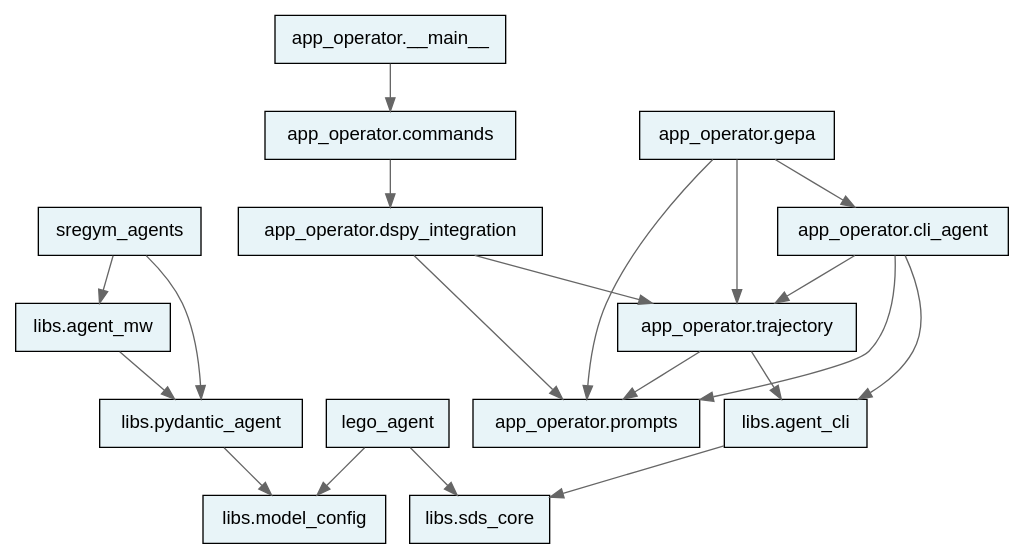
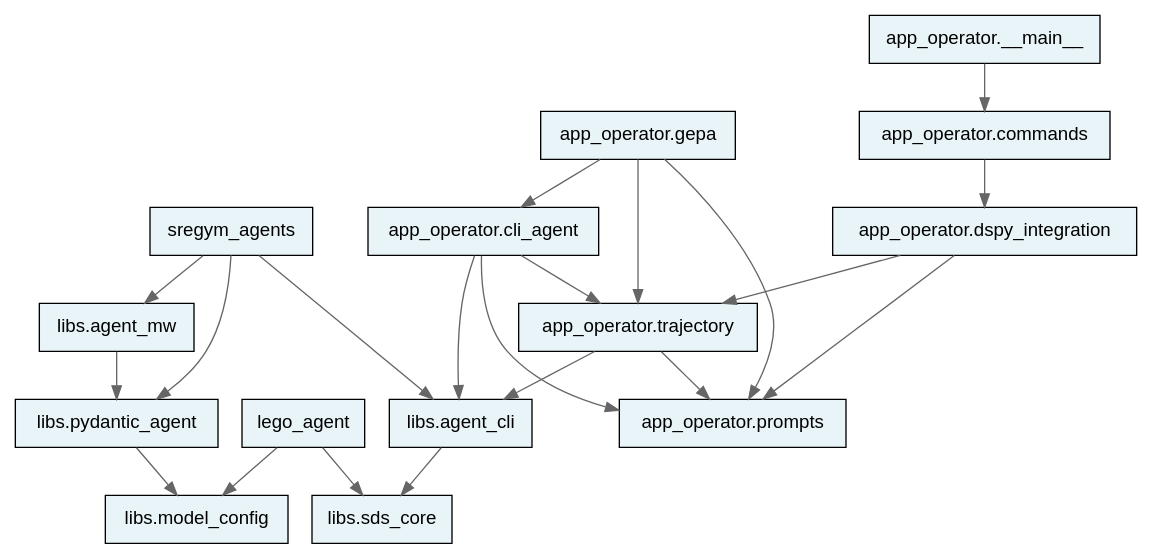
Before and after one commit to uw-syfi/sdo: the diagram in docs/assets/tach_module_graph.dot, drawn with Graphviz. The commit also changed 2 other files, not shown here.

Commit message:
fix(ci): resolve formatting, import, and tach graph failures
- Use public sregym_agents.crucible.tools re-exports instead of private
  _deps/_kb_tools submodules in agents/ package (architecture test)
- Update test_crucible_token_attrs.py file paths after backend/ → agents/ move
- Regenerate tach_module_graph with new sregym_agents → libs.agent_cli edge
- Format agent_cli_driver.py with autopep8

```diff
--- a/docs/assets/tach_module_graph.dot
+++ b/docs/assets/tach_module_graph.dot
@@ -1,25 +1,26 @@
 digraph tach_modules {
     rankdir=TB;
     node [shape=box, style=filled, fillcolor="#e8f4f8", fontname="Helvetica"];
     edge [color="#666666"];
 
     "libs.pydantic_agent" -> "libs.model_config";
     "libs.agent_mw" -> "libs.pydantic_agent";
     "libs.agent_cli" -> "libs.sds_core";
     "app_operator.trajectory" -> "app_operator.prompts";
     "app_operator.trajectory" -> "libs.agent_cli";
     "app_operator.dspy_integration" -> "app_operator.prompts";
     "app_operator.dspy_integration" -> "app_operator.trajectory";
     "app_operator.cli_agent" -> "app_operator.prompts";
     "app_operator.cli_agent" -> "app_operator.trajectory";
     "app_operator.cli_agent" -> "libs.agent_cli";
     "app_operator.gepa" -> "app_operator.cli_agent";
     "app_operator.gepa" -> "app_operator.prompts";
     "app_operator.gepa" -> "app_operator.trajectory";
     "app_operator.commands" -> "app_operator.dspy_integration";
     "app_operator.__main__" -> "app_operator.commands";
     "lego_agent" -> "libs.model_config";
     "lego_agent" -> "libs.sds_core";
     "sregym_agents" -> "libs.pydantic_agent";
     "sregym_agents" -> "libs.agent_mw";
+    "sregym_agents" -> "libs.agent_cli";
 }
```
